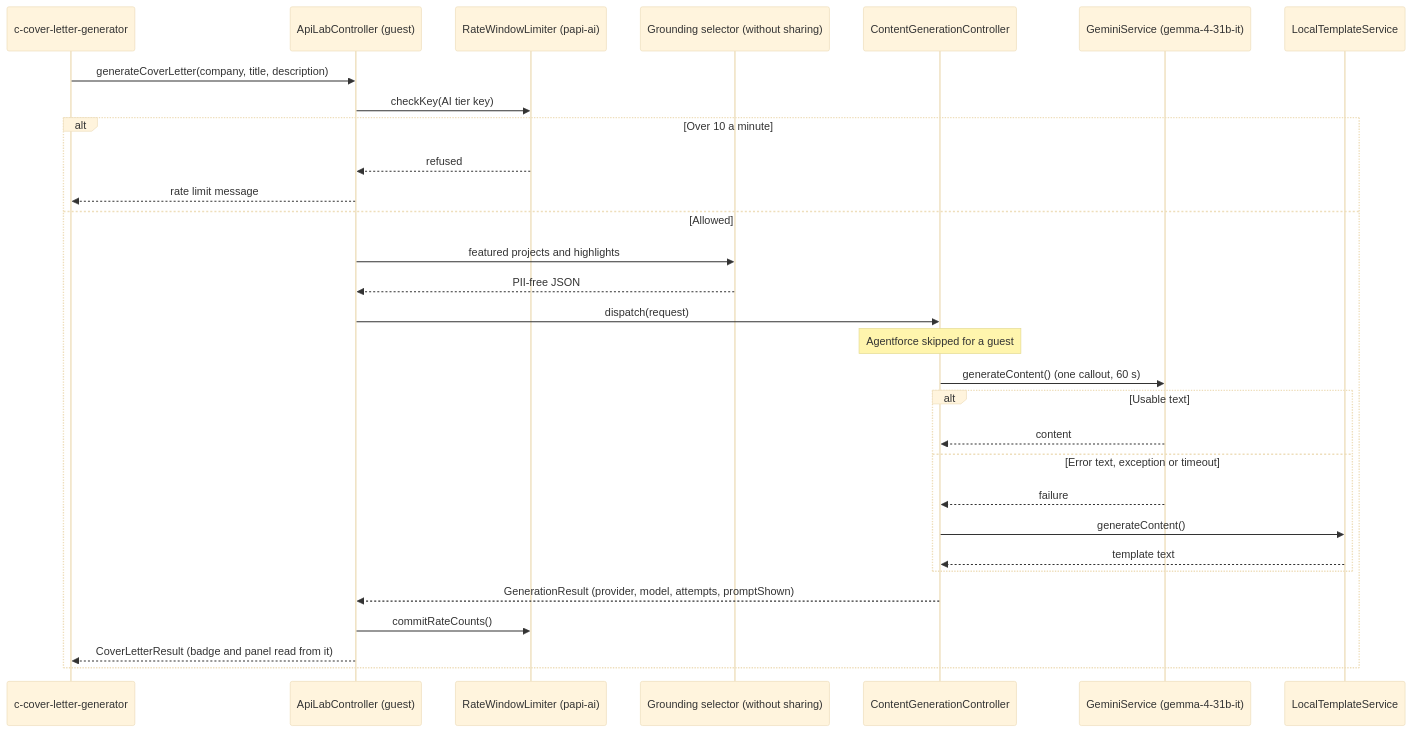
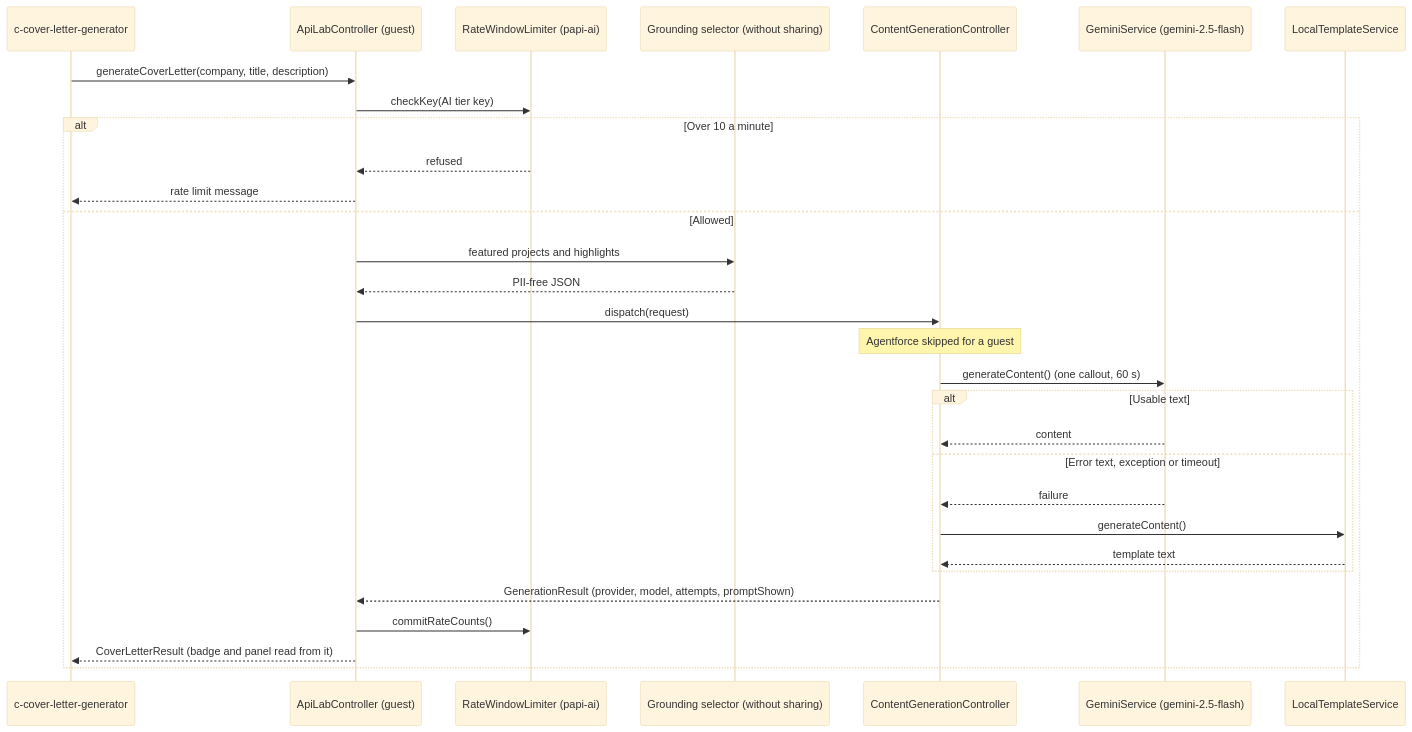
One commit to rdbumstead/salesforce-platform-architect-portfolio changed the fourth of 5 diagrams in docs/guides/03-SAS.md. Above: the diagram before and after it, drawn with Mermaid (base theme). The commit also changed other lines of this file and 9 other files, not shown here.

Commit message:
docs(ai): name gemini-2.5-flash as the model in use, keep the Gemma default

````diff
--- a/docs/guides/03-SAS.md
+++ b/docs/guides/03-SAS.md
@@ -413,33 +413,33 @@
 ```mermaid
 sequenceDiagram
     participant Page as c-cover-letter-generator
     participant Lab as ApiLabController (guest)
     participant Limiter as RateWindowLimiter (papi-ai)
     participant Grounding as Grounding selector (without sharing)
     participant Dispatcher as ContentGenerationController
-    participant Gemini as GeminiService (gemma-4-31b-it)
+    participant Gemini as GeminiService (gemini-2.5-flash)
     participant Local as LocalTemplateService
 
     Page->>Lab: generateCoverLetter(company, title, description)
     Lab->>Limiter: checkKey(AI tier key)
     alt Over 10 a minute
         Limiter-->>Lab: refused
         Lab-->>Page: rate limit message
     else Allowed
         Lab->>Grounding: featured projects and highlights
         Grounding-->>Lab: PII-free JSON
         Lab->>Dispatcher: dispatch(request)
         Note over Dispatcher: Agentforce skipped for a guest
         Dispatcher->>Gemini: generateContent() (one callout, 60 s)
         alt Usable text
             Gemini-->>Dispatcher: content
         else Error text, exception or timeout
             Gemini-->>Dispatcher: failure
             Dispatcher->>Local: generateContent()
             Local-->>Dispatcher: template text
         end
         Dispatcher-->>Lab: GenerationResult (provider, model, attempts, promptShown)
         Lab->>Limiter: commitRateCounts()
         Lab-->>Page: CoverLetterResult (badge and panel read from it)
     end
 ```
````
